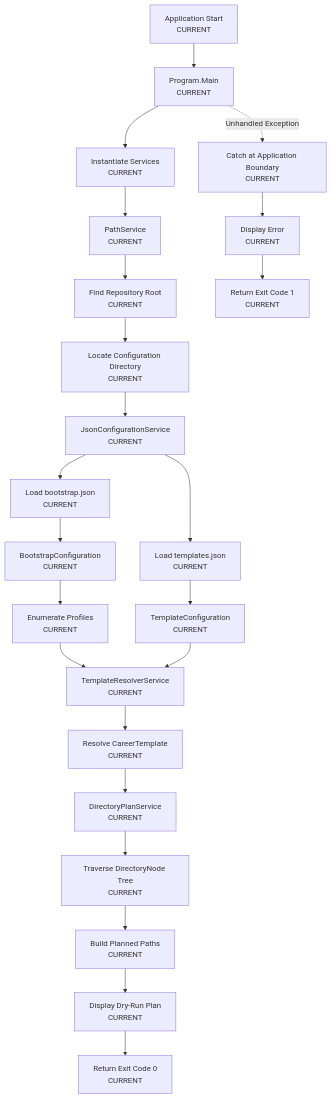
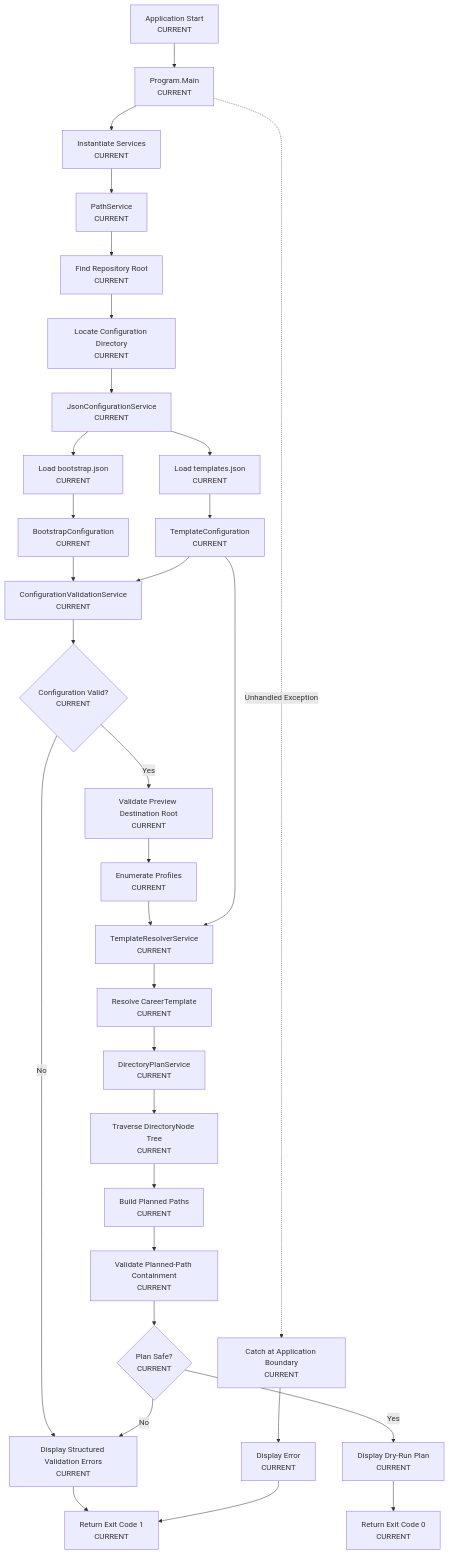
One commit to ChrisLThompson/CareerOS.Bootstrap changed the first of 7 diagrams in Documentation/Diagrams/BOOTSTRAP_PROCESS_FLOW.md. Above: the diagram before and after it, drawn with Mermaid. The commit also changed other lines of this file and 15 other files, not shown here.

````diff
--- a/Documentation/Diagrams/BOOTSTRAP_PROCESS_FLOW.md
+++ b/Documentation/Diagrams/BOOTSTRAP_PROCESS_FLOW.md
@@ -21,33 +21,45 @@
 ```mermaid
 flowchart TD
     A["Application Start<br/>CURRENT"] --> B["Program.Main<br/>CURRENT"]
     B --> C["Instantiate Services<br/>CURRENT"]
     C --> D["PathService<br/>CURRENT"]
 
     D --> E["Find Repository Root<br/>CURRENT"]
     E --> F["Locate Configuration Directory<br/>CURRENT"]
 
     F --> G["JsonConfigurationService<br/>CURRENT"]
     G --> H["Load bootstrap.json<br/>CURRENT"]
     G --> I["Load templates.json<br/>CURRENT"]
 
     H --> J["BootstrapConfiguration<br/>CURRENT"]
     I --> K["TemplateConfiguration<br/>CURRENT"]
 
-    J --> L["Enumerate Profiles<br/>CURRENT"]
+    J --> V["ConfigurationValidationService<br/>CURRENT"]
+    K --> V
+    V --> W{"Configuration Valid?<br/>CURRENT"}
+
+    W -->|"No"| X["Display Structured Validation Errors<br/>CURRENT"]
+    X --> Y["Return Exit Code 1<br/>CURRENT"]
+
+    W -->|"Yes"| Z["Validate Preview Destination Root<br/>CURRENT"]
+    Z --> L["Enumerate Profiles<br/>CURRENT"]
+
     L --> M["TemplateResolverService<br/>CURRENT"]
     K --> M
 
     M --> N["Resolve CareerTemplate<br/>CURRENT"]
     N --> O["DirectoryPlanService<br/>CURRENT"]
 
     O --> P["Traverse DirectoryNode Tree<br/>CURRENT"]
     P --> Q["Build Planned Paths<br/>CURRENT"]
 
-    Q --> R["Display Dry-Run Plan<br/>CURRENT"]
-    R --> S["Return Exit Code 0<br/>CURRENT"]
+    Q --> R["Validate Planned-Path Containment<br/>CURRENT"]
+    R --> S{"Plan Safe?<br/>CURRENT"}
+    S -->|"No"| X
+    S -->|"Yes"| T["Display Dry-Run Plan<br/>CURRENT"]
+    T --> U["Return Exit Code 0<br/>CURRENT"]
 
-    B -. "Unhandled Exception" .-> T["Catch at Application Boundary<br/>CURRENT"]
-    T --> U["Display Error<br/>CURRENT"]
-    U --> V["Return Exit Code 1<br/>CURRENT"]
+    B -. "Unhandled Exception" .-> AA["Catch at Application Boundary<br/>CURRENT"]
+    AA --> AB["Display Error<br/>CURRENT"]
+    AB --> Y
 ```
````
